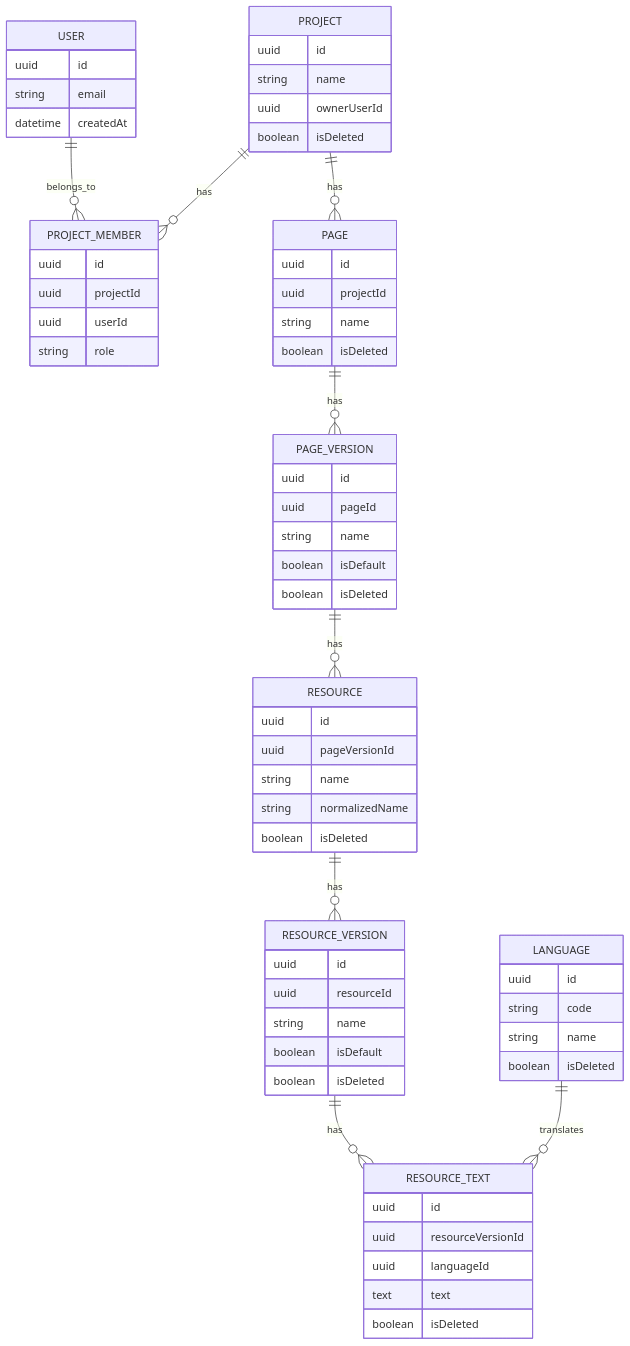
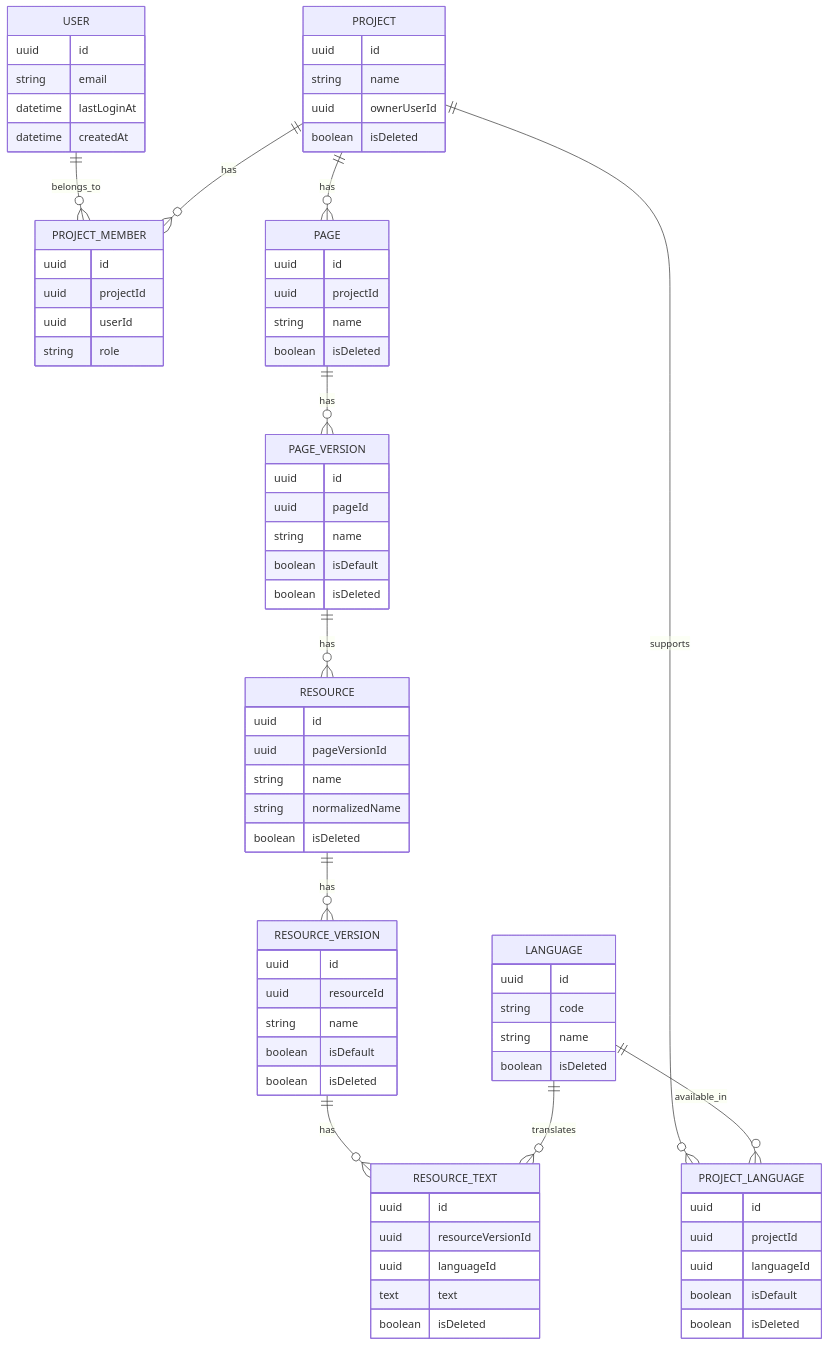
The diagram in docs/funcional-spec.md (mpcmarcos/bigschool-tfm), drawn with Mermaid before and after one commit. The commit also changed other lines of this file and 6 other files, not shown here.

````diff
--- a/docs/funcional-spec.md
+++ b/docs/funcional-spec.md
@@ -85,69 +95,79 @@
 ```mermaid
 erDiagram
     USER ||--o{ PROJECT_MEMBER : belongs_to
     PROJECT ||--o{ PROJECT_MEMBER : has
     PROJECT ||--o{ PAGE : has
+    PROJECT ||--o{ PROJECT_LANGUAGE : supports
     PAGE ||--o{ PAGE_VERSION : has
     PAGE_VERSION ||--o{ RESOURCE : has
     RESOURCE ||--o{ RESOURCE_VERSION : has
     RESOURCE_VERSION ||--o{ RESOURCE_TEXT : has
+    LANGUAGE ||--o{ PROJECT_LANGUAGE : available_in
     LANGUAGE ||--o{ RESOURCE_TEXT : translates
 
     USER {
       uuid id
       string email
+      datetime lastLoginAt
       datetime createdAt
     }
     PROJECT {
       uuid id
       string name
       uuid ownerUserId
       boolean isDeleted
     }
     PROJECT_MEMBER {
       uuid id
       uuid projectId
       uuid userId
       string role
+    }
+    PROJECT_LANGUAGE {
+      uuid id
+      uuid projectId
+      uuid languageId
+      boolean isDefault
+      boolean isDeleted
     }
     PAGE {
       uuid id
       uuid projectId
       string name
       boolean isDeleted
     }
     PAGE_VERSION {
       uuid id
       uuid pageId
       string name
       boolean isDefault
       boolean isDeleted
     }
     RESOURCE {
       uuid id
       uuid pageVersionId
       string name
       string normalizedName
       boolean isDeleted
     }
     RESOURCE_VERSION {
       uuid id
       uuid resourceId
       string name
       boolean isDefault
       boolean isDeleted
     }
     LANGUAGE {
       uuid id
       string code
       string name
       boolean isDeleted
     }
     RESOURCE_TEXT {
       uuid id
       uuid resourceVersionId
       uuid languageId
       text text
       boolean isDeleted
     }
 ```
````
